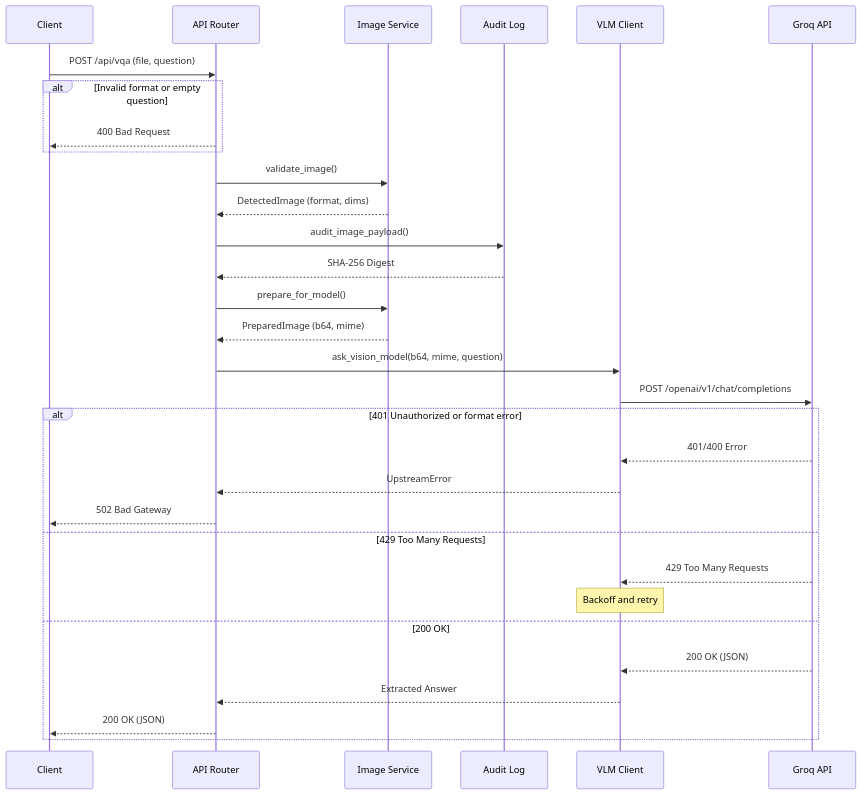
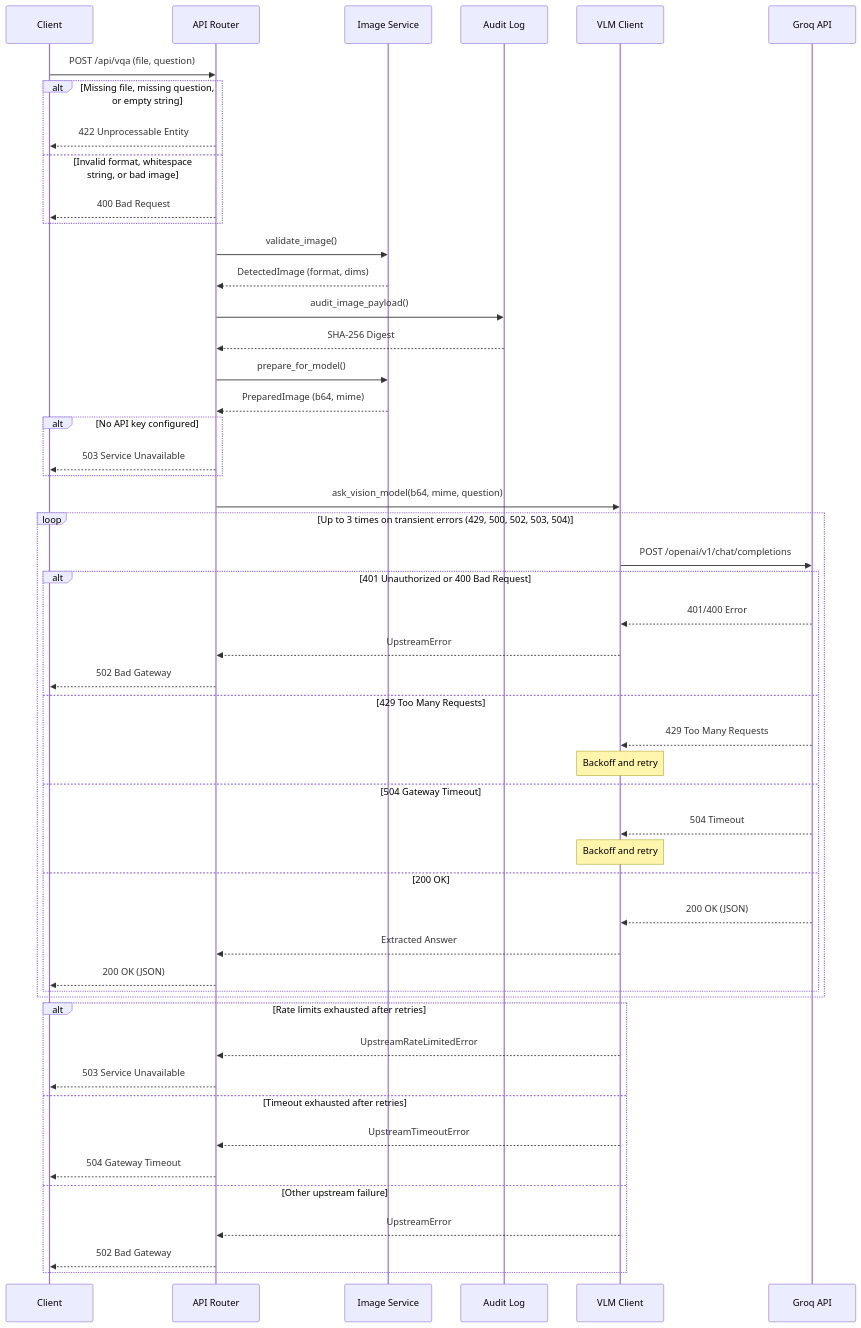
One commit to Rushikesh-5706/Grounded-Visual-Q-A-API-with-FastAPI-and-Vision-Language-Models changed the second of 2 diagrams in README.md. Above: the diagram before and after it, drawn with Mermaid. The commit also changed other lines of this file, not shown here.

````diff
--- a/README.md
+++ b/README.md
@@ -42,34 +42,54 @@
 ```mermaid
 sequenceDiagram
     participant C as Client
     participant A as API Router
     participant I as Image Service
     participant L as Audit Log
     participant V as VLM Client
     participant G as Groq API
 
     C->>A: POST /api/vqa (file, question)
-    alt Invalid format or empty question
+    alt Missing file, missing question, or empty string
+        A-->>C: 422 Unprocessable Entity
+    else Invalid format, whitespace string, or bad image
         A-->>C: 400 Bad Request
     end
     A->>I: validate_image()
     I-->>A: DetectedImage (format, dims)
     A->>L: audit_image_payload()
     L-->>A: SHA-256 Digest
     A->>I: prepare_for_model()
     I-->>A: PreparedImage (b64, mime)
+    alt No API key configured
+        A-->>C: 503 Service Unavailable
+    end
     A->>V: ask_vision_model(b64, mime, question)
-    V->>G: POST /openai/v1/chat/completions
-    alt 401 Unauthorized or format error
-        G-->>V: 401/400 Error
+    loop Up to 3 times on transient errors (429, 500, 502, 503, 504)
+        V->>G: POST /openai/v1/chat/completions
+        alt 401 Unauthorized or 400 Bad Request
+            G-->>V: 401/400 Error
+            V-->>A: UpstreamError
+            A-->>C: 502 Bad Gateway
+        else 429 Too Many Requests
+            G-->>V: 429 Too Many Requests
+            Note over V: Backoff and retry
+        else 504 Gateway Timeout
+            G-->>V: 504 Timeout
+            Note over V: Backoff and retry
+        else 200 OK
+            G-->>V: 200 OK (JSON)
+            V-->>A: Extracted Answer
+            A-->>C: 200 OK (JSON)
+        end
+    end
+    alt Rate limits exhausted after retries
+        V-->>A: UpstreamRateLimitedError
+        A-->>C: 503 Service Unavailable
+    else Timeout exhausted after retries
+        V-->>A: UpstreamTimeoutError
+        A-->>C: 504 Gateway Timeout
+    else Other upstream failure
         V-->>A: UpstreamError
         A-->>C: 502 Bad Gateway
-    else 429 Too Many Requests
-        G-->>V: 429 Too Many Requests
-        Note over V: Backoff and retry
-    else 200 OK
-        G-->>V: 200 OK (JSON)
-        V-->>A: Extracted Answer
-        A-->>C: 200 OK (JSON)
     end
 ```
````
